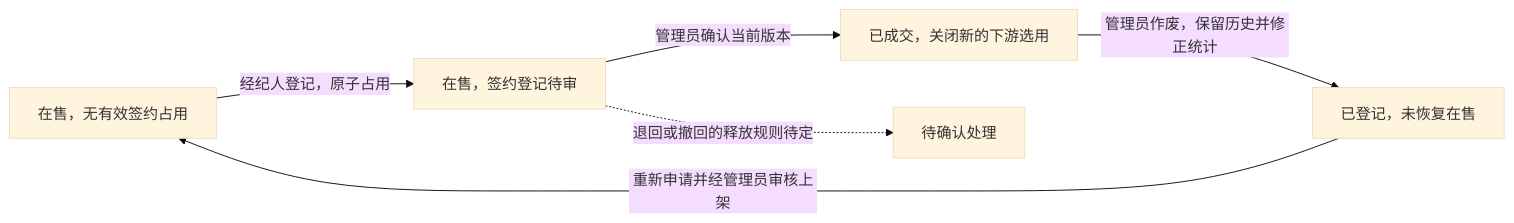
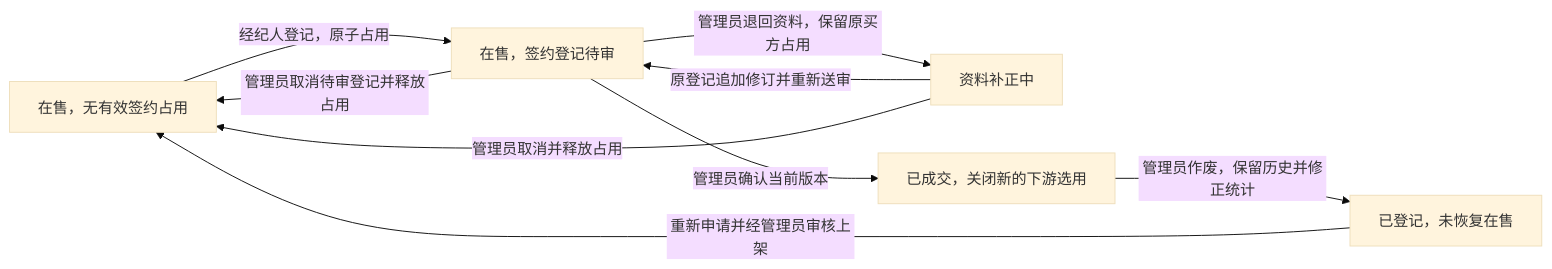
The diagram in openspec/changes/align-sales-followup-and-business-review/design.md (crj-tik/BkAnentProject), drawn with Mermaid (base theme) before and after one commit. The commit also changed other lines of this file and 6 other files, not shown here.

````diff
--- a/openspec/changes/align-sales-followup-and-business-review/design.md
+++ b/openspec/changes/align-sales-followup-and-business-review/design.md
@@ -56,8 +61,11 @@
 ```mermaid
 flowchart LR
     A[在售，无有效签约占用] -->|经纪人登记，原子占用| B[在售，签约登记待审]
+    B -->|管理员退回资料，保留原买方占用| R[资料补正中]
+    R -->|原登记追加修订并重新送审| B
+    B -->|管理员取消待审登记并释放占用| A
+    R -->|管理员取消并释放占用| A
     B -->|管理员确认当前版本| C[已成交，关闭新的下游选用]
     C -->|管理员作废，保留历史并修正统计| D[已登记，未恢复在售]
     D -->|重新申请并经管理员审核上架| A
-    B -.->|退回或撤回的释放规则待定| E[待确认处理]
 ```
````
